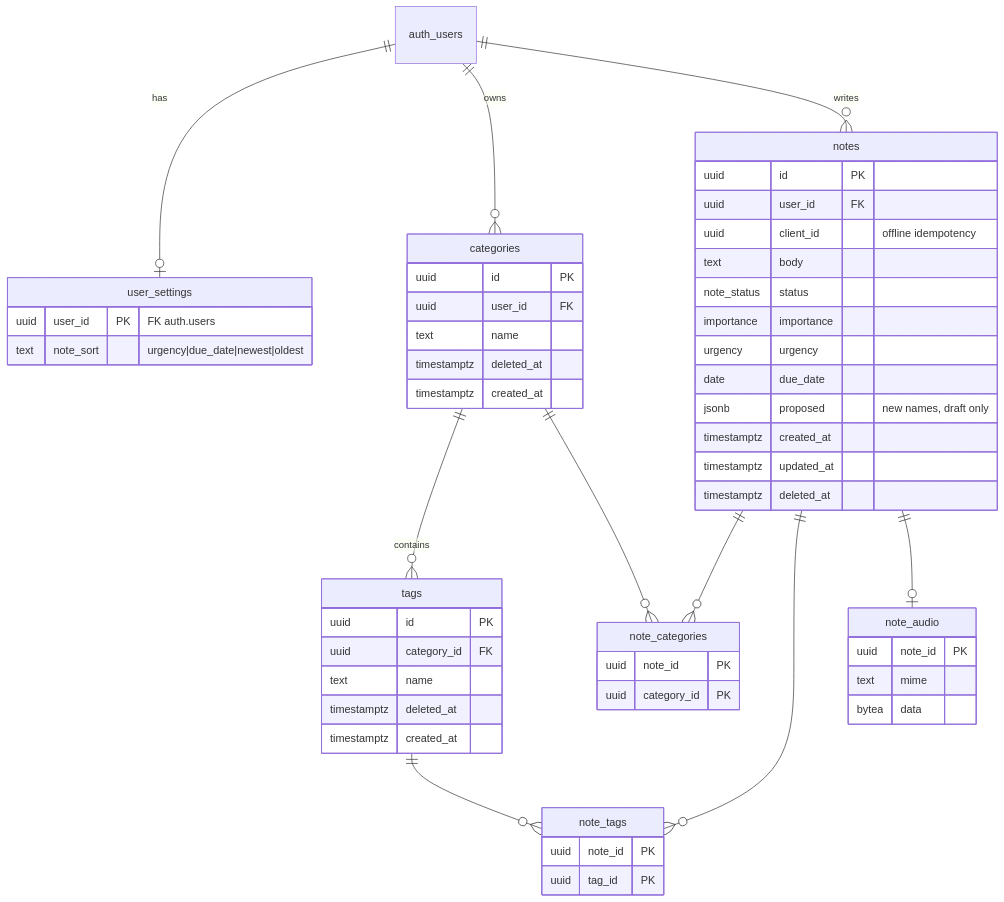
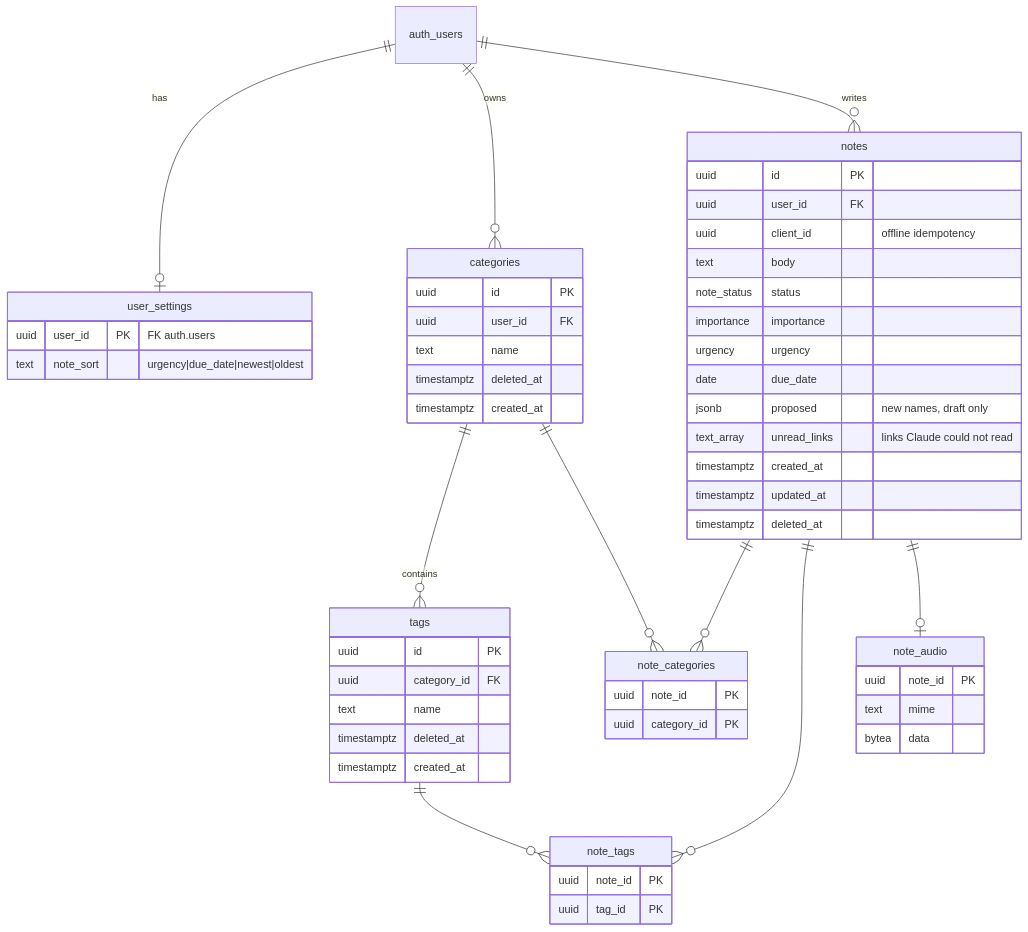
One commit to droruri/notes-organizer changed the diagram in docs/plan.md. Above: the diagram before and after it, drawn with Mermaid. The commit also changed other lines of this file and 2 other files, not shown here.

First line of the commit message:
Plan: Claude reads links in notes; hosted setup steps

````diff
--- a/docs/plan.md
+++ b/docs/plan.md
@@ -129,19 +129,19 @@
 ```mermaid
 erDiagram
   auth_users ||--o| user_settings : has
   auth_users ||--o{ categories : owns
   categories ||--o{ tags : contains
   auth_users ||--o{ notes : writes
   notes ||--o{ note_categories : ""
   categories ||--o{ note_categories : ""
   notes ||--o{ note_tags : ""
   tags ||--o{ note_tags : ""
   notes ||--o| note_audio : ""
   user_settings { uuid user_id PK "FK auth.users" text note_sort "urgency|due_date|newest|oldest" }
   categories { uuid id PK uuid user_id FK text name timestamptz deleted_at timestamptz created_at }
   tags { uuid id PK uuid category_id FK text name timestamptz deleted_at timestamptz created_at }
-  notes { uuid id PK uuid user_id FK uuid client_id "offline idempotency" text body note_status status importance importance urgency urgency date due_date jsonb proposed "new names, draft only" timestamptz created_at timestamptz updated_at timestamptz deleted_at }
+  notes { uuid id PK uuid user_id FK uuid client_id "offline idempotency" text body note_status status importance importance urgency urgency date due_date jsonb proposed "new names, draft only" text_array unread_links "links Claude could not read" timestamptz created_at timestamptz updated_at timestamptz deleted_at }
   note_categories { uuid note_id PK uuid category_id PK }
   note_tags { uuid note_id PK uuid tag_id PK }
   note_audio { uuid note_id PK text mime bytea data }
 ```
````
